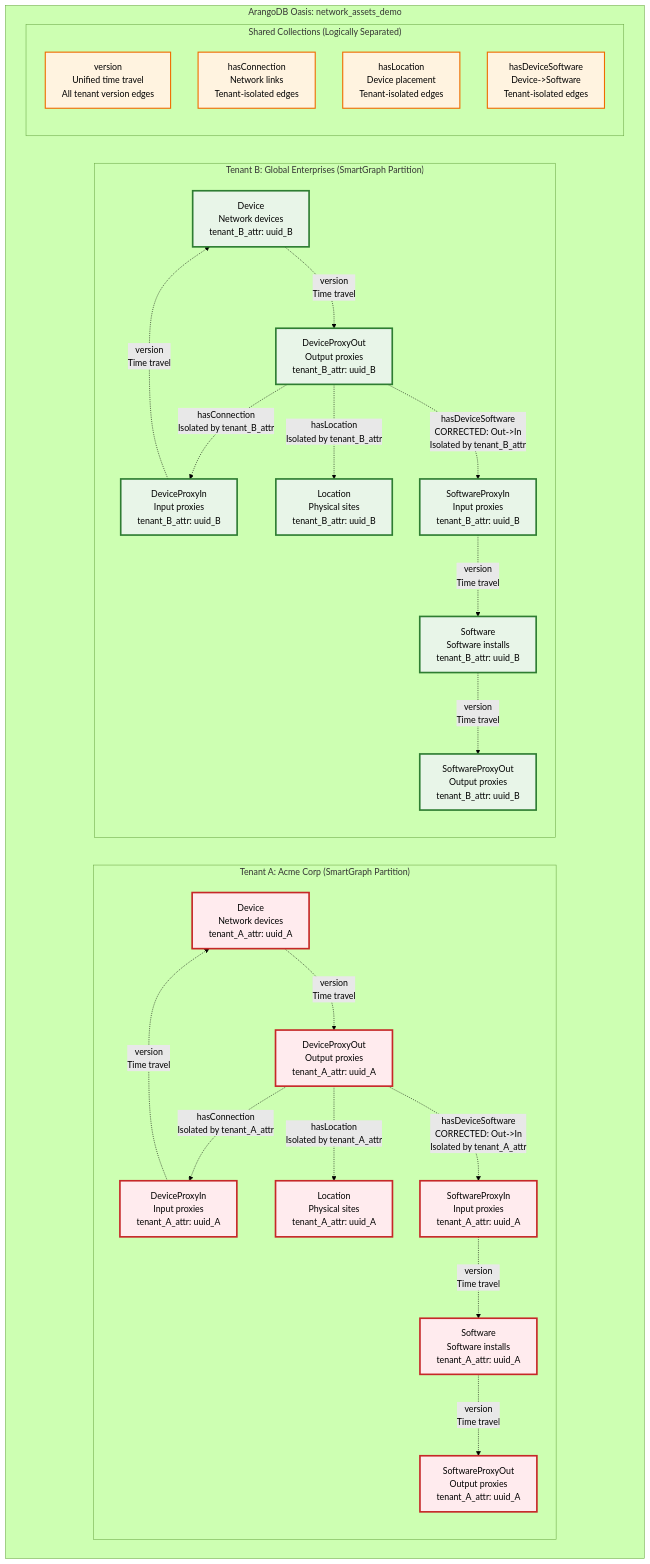
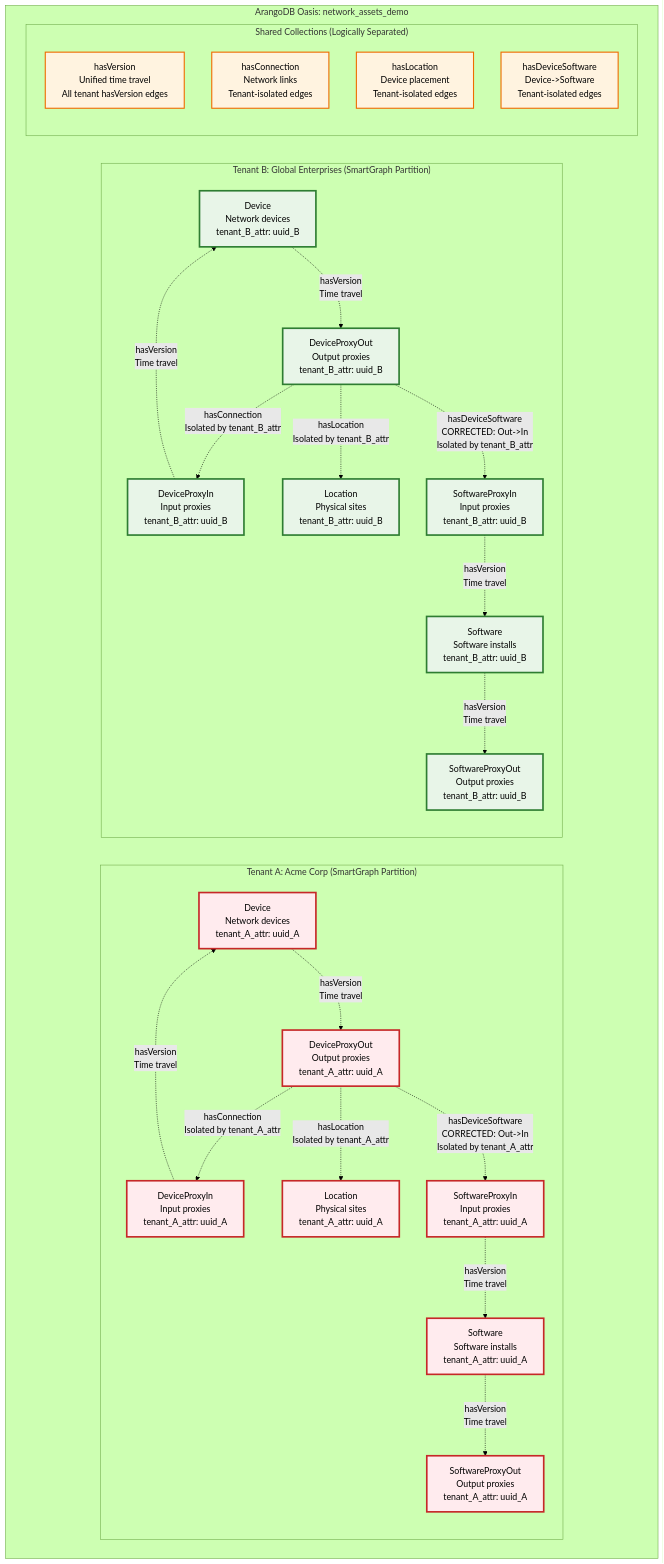
One commit to ArthurKeen/scalable-multi-tenant-temporal-graph-reference-implementation changed the second of 2 diagrams in README.md. Above: the diagram before and after it, drawn with Mermaid (forest theme). The commit also changed other lines of this file and 31 other files, not shown here.

````diff
--- a/README.md
+++ b/README.md
@@ -112,63 +112,63 @@
 ```mermaid
 graph TB
     subgraph "ArangoDB Oasis: network_assets_demo"
         subgraph "Tenant A: Acme Corp (SmartGraph Partition)"
             direction TB
             DA[Device<br/>Network devices<br/>tenant_A_attr: uuid_A]
             DPIA[DeviceProxyIn<br/>Input proxies<br/>tenant_A_attr: uuid_A]
             DPOA[DeviceProxyOut<br/>Output proxies<br/>tenant_A_attr: uuid_A]
             SA[Software<br/>Software installs<br/>tenant_A_attr: uuid_A]
             SPIA[SoftwareProxyIn<br/>Input proxies<br/>tenant_A_attr: uuid_A]
             SPOA[SoftwareProxyOut<br/>Output proxies<br/>tenant_A_attr: uuid_A]
             LA[Location<br/>Physical sites<br/>tenant_A_attr: uuid_A]
         end
         
         subgraph "Tenant B: Global Enterprises (SmartGraph Partition)"  
             direction TB
             DB[Device<br/>Network devices<br/>tenant_B_attr: uuid_B]
             DPIB[DeviceProxyIn<br/>Input proxies<br/>tenant_B_attr: uuid_B]
             DPOB[DeviceProxyOut<br/>Output proxies<br/>tenant_B_attr: uuid_B]
             SB[Software<br/>Software installs<br/>tenant_B_attr: uuid_B]
             SPIB[SoftwareProxyIn<br/>Input proxies<br/>tenant_B_attr: uuid_B]
             SPOB[SoftwareProxyOut<br/>Output proxies<br/>tenant_B_attr: uuid_B]
             LB[Location<br/>Physical sites<br/>tenant_B_attr: uuid_B]
         end
         
         subgraph "Shared Collections (Logically Separated)"
-            VC[version<br/>Unified time travel<br/>All tenant version edges]
+            VC[hasVersion<br/>Unified time travel<br/>All tenant hasVersion edges]
             HC[hasConnection<br/>Network links<br/>Tenant-isolated edges]
             HL[hasLocation<br/>Device placement<br/>Tenant-isolated edges]
             HDS[hasDeviceSoftware<br/>Device->Software<br/>Tenant-isolated edges]
         end
     end
     
     %% Tenant A relationships (corrected logic)
     DPOA -.->|hasConnection<br/>Isolated by tenant_A_attr| DPIA
     DPOA -.->|hasLocation<br/>Isolated by tenant_A_attr| LA
     DPOA -.->|hasDeviceSoftware<br/>CORRECTED: Out->In<br/>Isolated by tenant_A_attr| SPIA
     
     %% Tenant B relationships (corrected logic)
     DPOB -.->|hasConnection<br/>Isolated by tenant_B_attr| DPIB
     DPOB -.->|hasLocation<br/>Isolated by tenant_B_attr| LB  
     DPOB -.->|hasDeviceSoftware<br/>CORRECTED: Out->In<br/>Isolated by tenant_B_attr| SPIB
     
-    %% Time travel patterns (unified version collection)
-    DPIA -.->|version<br/>Time travel| DA
-    DA -.->|version<br/>Time travel| DPOA
-    SPIA -.->|version<br/>Time travel| SA
-    SA -.->|version<br/>Time travel| SPOA
-    
-    DPIB -.->|version<br/>Time travel| DB
-    DB -.->|version<br/>Time travel| DPOB
-    SPIB -.->|version<br/>Time travel| SB
-    SB -.->|version<br/>Time travel| SPOB
+    %% Time travel patterns (unified hasVersion collection)
+    DPIA -.->|hasVersion<br/>Time travel| DA
+    DA -.->|hasVersion<br/>Time travel| DPOA
+    SPIA -.->|hasVersion<br/>Time travel| SA
+    SA -.->|hasVersion<br/>Time travel| SPOA
+
+    DPIB -.->|hasVersion<br/>Time travel| DB
+    DB -.->|hasVersion<br/>Time travel| DPOB
+    SPIB -.->|hasVersion<br/>Time travel| SB
+    SB -.->|hasVersion<br/>Time travel| SPOB
     
     classDef tenantA fill:#ffebee,stroke:#c62828,stroke-width:3px
     classDef tenantB fill:#e8f5e8,stroke:#2e7d32,stroke-width:3px
     classDef shared fill:#fff3e0,stroke:#ef6c00,stroke-width:2px
     classDef corrected fill:#e1f5fe,stroke:#0277bd,stroke-width:3px
     
     class DA,DPIA,DPOA,SA,SPIA,SPOA,LA tenantA
     class DB,DPIB,DPOB,SB,SPIB,SPOB,LB tenantB
     class VC,HC,HL,HDS shared
 ```
````
